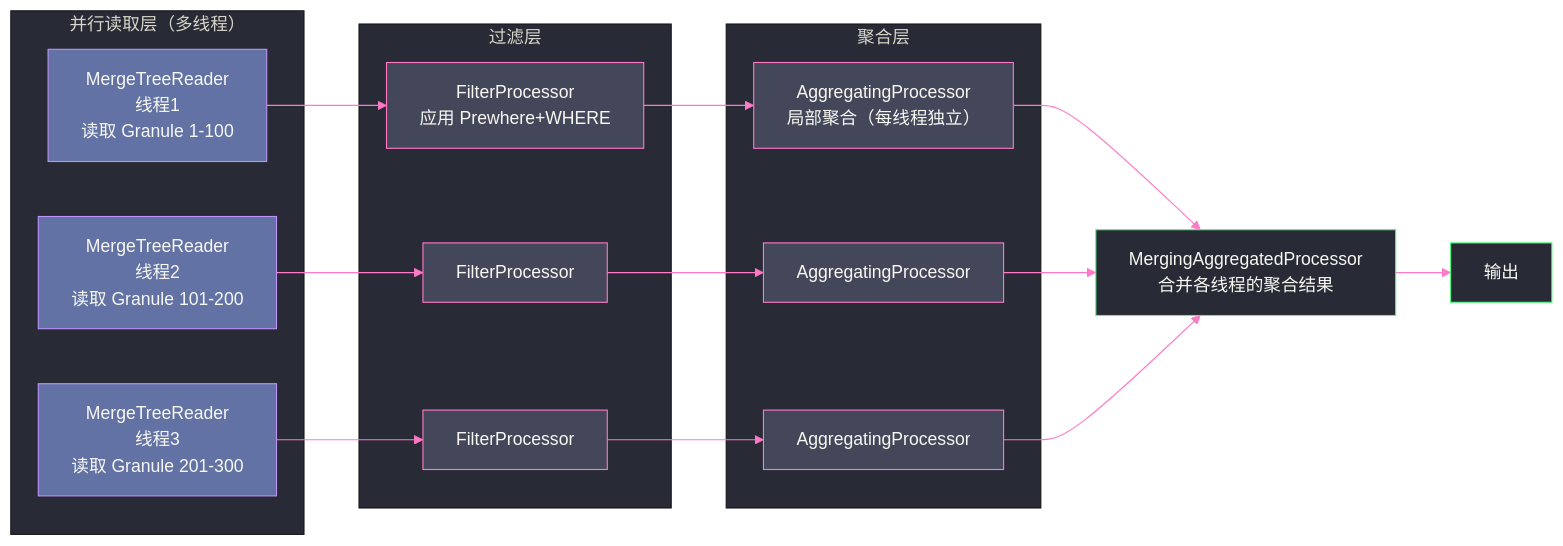
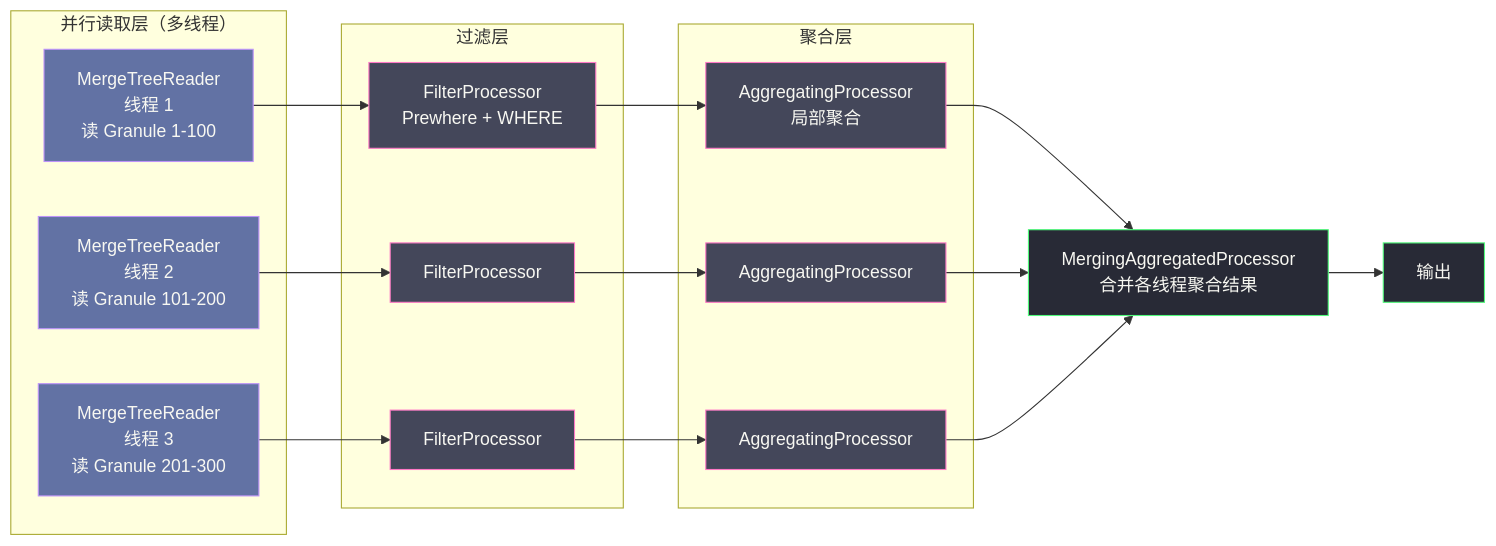
The second of 2 diagrams in content/中间件/Clickhouse/04 查询执行引擎——向量化与 Pipeline.md (hpliStartAgain/my-brain), drawn with Mermaid before and after one commit. The commit also changed other lines of this file and 52 other files, not shown here.

````diff
--- a/content/中间件/Clickhouse/04 查询执行引擎——向量化与 Pipeline.md
+++ b/content/中间件/Clickhouse/04 查询执行引擎——向量化与 Pipeline.md
@@ -115,36 +213,36 @@
 ```mermaid
-%%{init: {'theme': 'base', 'themeVariables': {'primaryColor': '#6272a4', 'primaryTextColor': '#f8f8f2', 'primaryBorderColor': '#bd93f9', 'lineColor': '#ff79c6', 'secondaryColor': '#44475a', 'tertiaryColor': '#282a36'}}}%%
+%%{init: {'theme': 'dracula'}}%%
 graph LR
-    subgraph "并行读取层（多线程）"
-        R1["MergeTreeReader</br>线程1</br>读取 Granule 1-100"]
-        R2["MergeTreeReader</br>线程2</br>读取 Granule 101-200"]
-        R3["MergeTreeReader</br>线程3</br>读取 Granule 201-300"]
+    subgraph 读取层["并行读取层（多线程）"]
+        R1["MergeTreeReader<br/>线程 1<br/>读 Granule 1-100"]
+        R2["MergeTreeReader<br/>线程 2<br/>读 Granule 101-200"]
+        R3["MergeTreeReader<br/>线程 3<br/>读 Granule 201-300"]
     end
 
-    subgraph "过滤层"
-        F1["FilterProcessor</br>应用 Prewhere+WHERE"]
+    subgraph 过滤层["过滤层"]
+        F1["FilterProcessor<br/>Prewhere + WHERE"]
         F2["FilterProcessor"]
         F3["FilterProcessor"]
     end
 
-    subgraph "聚合层"
-        A1["AggregatingProcessor</br>局部聚合（每线程独立）"]
+    subgraph 聚合层["聚合层"]
+        A1["AggregatingProcessor<br/>局部聚合"]
         A2["AggregatingProcessor"]
         A3["AggregatingProcessor"]
     end
 
-    MERGE["MergingAggregatedProcessor</br>合并各线程的聚合结果"]
+    MERGE["MergingAggregatedProcessor<br/>合并各线程聚合结果"]
     OUT["输出"]
 
     R1 --> F1 --> A1 --> MERGE
     R2 --> F2 --> A2 --> MERGE
     R3 --> F3 --> A3 --> MERGE
     MERGE --> OUT
 
     classDef read fill:#6272a4,stroke:#bd93f9,color:#f8f8f2
     classDef proc fill:#44475a,stroke:#ff79c6,color:#f8f8f2
     classDef merge fill:#282a36,stroke:#50fa7b,color:#f8f8f2
     class R1,R2,R3 read
     class F1,F2,F3,A1,A2,A3 proc
     class MERGE,OUT merge
 ```
````
